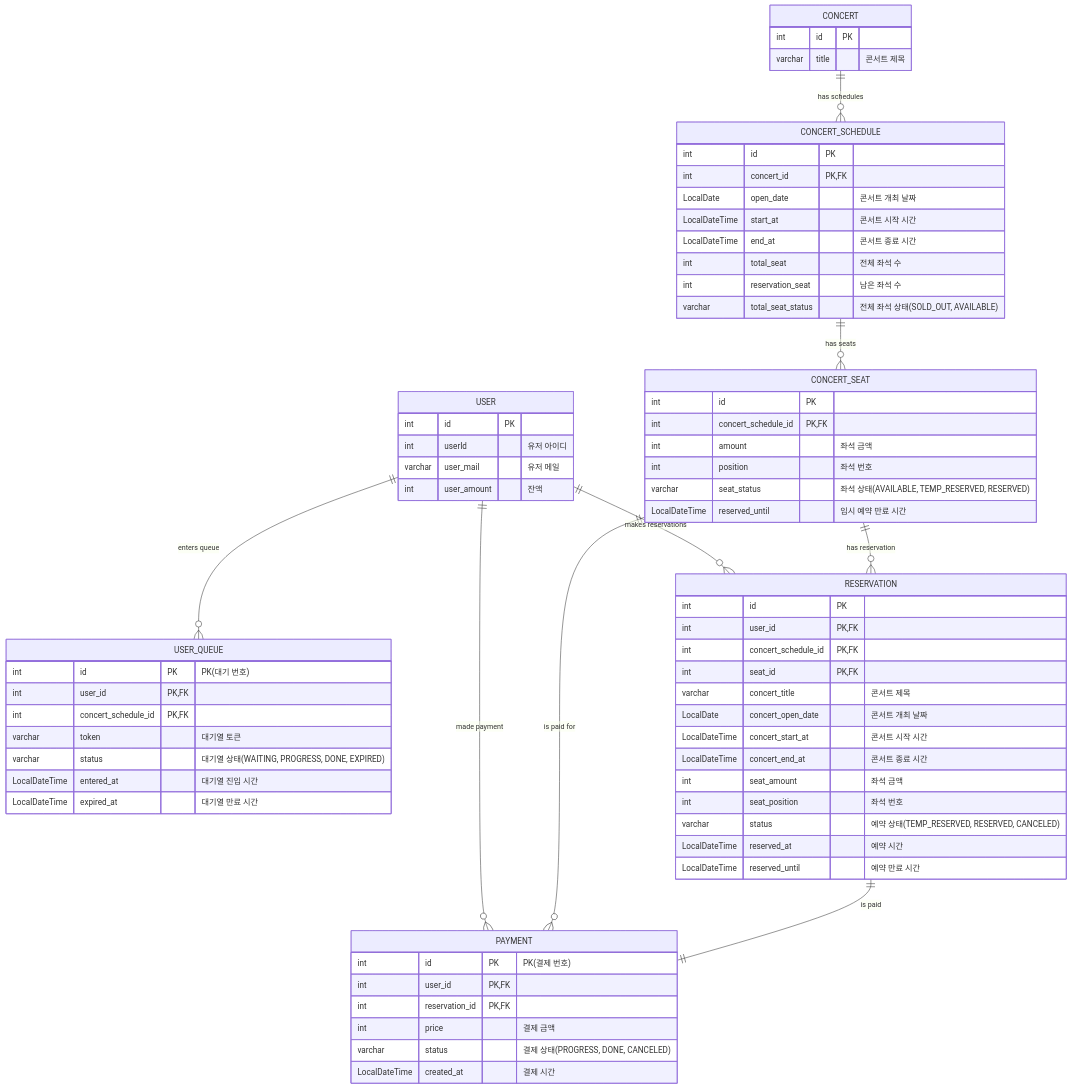
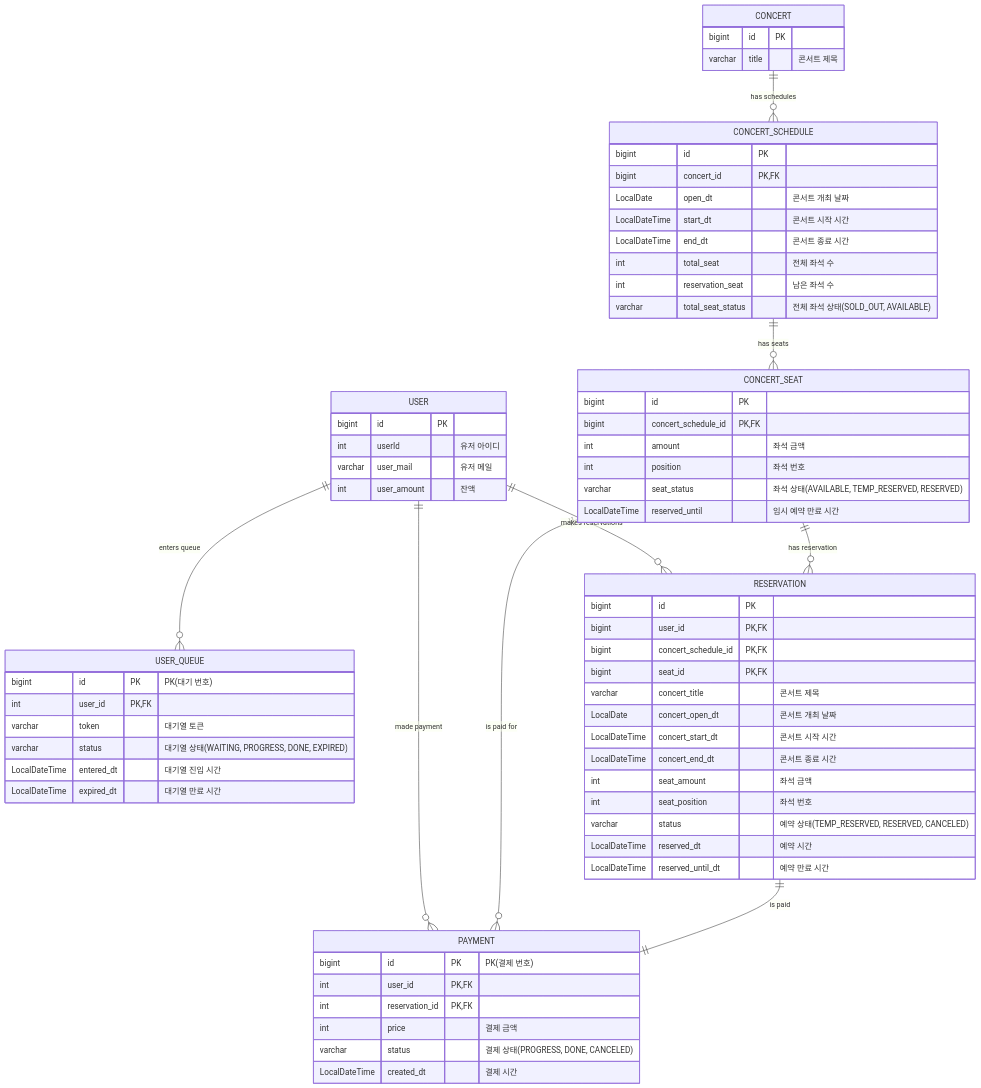
One commit to Cheondongmin/concert-java changed the diagram in docs/erd.md. Above: the diagram before and after it, drawn with Mermaid.

Commit message:
fix: erd 자료형 수정

````diff
--- a/docs/erd.md
+++ b/docs/erd.md
@@ -4,78 +4,77 @@
 ```mermaid
 erDiagram
     USER {
-        int id PK
+        bigint id PK
         int userId "유저 아이디"
         varchar user_mail "유저 메일"
         int user_amount "잔액"
     }
 
     USER_QUEUE {
-        int id PK "PK(대기 번호)"
+        bigint id PK "PK(대기 번호)"
         int user_id PK, FK
-        int concert_schedule_id PK, FK
         varchar token "대기열 토큰"
         varchar status "대기열 상태(WAITING, PROGRESS, DONE, EXPIRED)"
-        LocalDateTime entered_at "대기열 진입 시간"
-        LocalDateTime expired_at "대기열 만료 시간"
+        LocalDateTime entered_dt "대기열 진입 시간"
+        LocalDateTime expired_dt "대기열 만료 시간"
     }
 
     PAYMENT {
-        int id PK "PK(결제 번호)"
+        bigint id PK "PK(결제 번호)"
         int user_id PK, FK
         int reservation_id PK, FK
         int price "결제 금액"
         varchar status "결제 상태(PROGRESS, DONE, CANCELED)"
-        LocalDateTime created_at "결제 시간"
+        LocalDateTime created_dt "결제 시간"
     }
 
     CONCERT {
-        int id PK
+        bigint id PK
         varchar title "콘서트 제목"
     }
 
     CONCERT_SCHEDULE {
-        int id PK
-        int concert_id PK, FK
-        LocalDate open_date "콘서트 개최 날짜"
-        LocalDateTime start_at "콘서트 시작 시간"
-        LocalDateTime end_at "콘서트 종료 시간"
+        bigint id PK
+        bigint concert_id PK, FK
+        LocalDate open_dt "콘서트 개최 날짜"
+        LocalDateTime start_dt "콘서트 시작 시간"
+        LocalDateTime end_dt "콘서트 종료 시간"
         int total_seat "전체 좌석 수"
         int reservation_seat "남은 좌석 수"
         varchar total_seat_status "전체 좌석 상태(SOLD_OUT, AVAILABLE)"
     }
 
     CONCERT_SEAT {
-        int id PK
-        int concert_schedule_id PK, FK
+        bigint id PK
+        bigint concert_schedule_id PK, FK
         int amount "좌석 금액"
         int position "좌석 번호"
         varchar seat_status "좌석 상태(AVAILABLE, TEMP_RESERVED, RESERVED)"
         LocalDateTime reserved_until "임시 예약 만료 시간"
     }
 
     RESERVATION {
-        int id PK
-        int user_id PK, FK
-        int concert_schedule_id PK, FK
-        int seat_id PK, FK
+        bigint id PK
+        bigint user_id PK, FK
+        bigint concert_schedule_id PK, FK
+        bigint seat_id PK, FK
         varchar concert_title "콘서트 제목"
-        LocalDate concert_open_date "콘서트 개최 날짜"
-        LocalDateTime concert_start_at "콘서트 시작 시간"
-        LocalDateTime concert_end_at "콘서트 종료 시간"
+        LocalDate concert_open_dt "콘서트 개최 날짜"
+        LocalDateTime concert_start_dt "콘서트 시작 시간"
+        LocalDateTime concert_end_dt "콘서트 종료 시간"
         int seat_amount "좌석 금액"
         int seat_position "좌석 번호"
         varchar status "예약 상태(TEMP_RESERVED, RESERVED, CANCELED)"
-        LocalDateTime reserved_at "예약 시간"
-        LocalDateTime reserved_until "예약 만료 시간"
+        LocalDateTime reserved_dt "예약 시간"
+        LocalDateTime reserved_until_dt "예약 만료 시간"
     }
 
     CONCERT ||--o{ CONCERT_SCHEDULE: "has schedules"
     CONCERT_SCHEDULE ||--o{ CONCERT_SEAT: "has seats"
     USER ||--o{ USER_QUEUE: "enters queue"
     USER ||--o{ PAYMENT: "made payment"
     CONCERT_SEAT ||--o{ PAYMENT: "is paid for"
     RESERVATION ||--|| PAYMENT: "is paid"
     USER ||--o{ RESERVATION: "makes reservations"
     CONCERT_SEAT ||--o{ RESERVATION: "has reservation"
 ```
````
